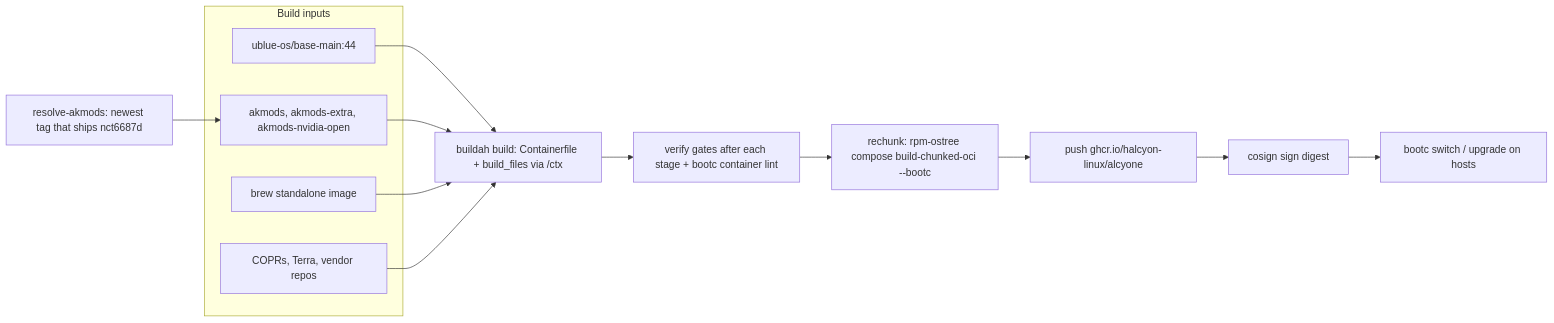
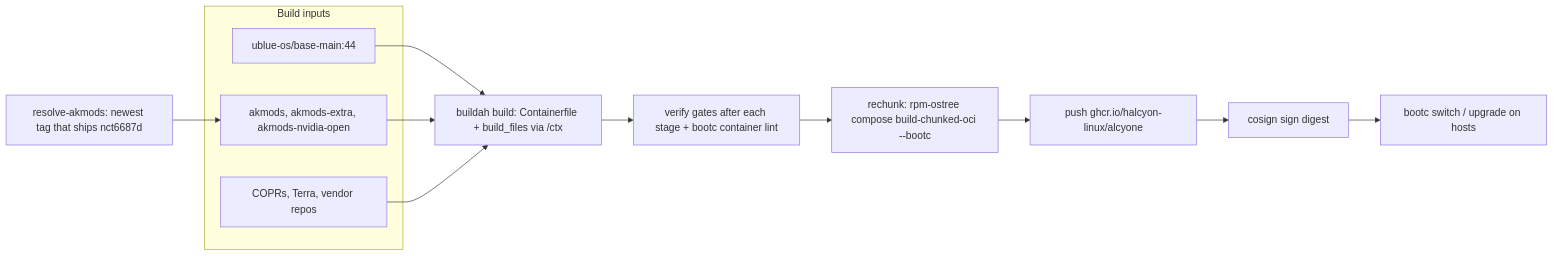
The diagram in README.md (halcyon-linux/base-image), drawn with Mermaid before and after one commit. The commit also changed other lines of this file and 16 other files, not shown here.

````diff
--- a/README.md
+++ b/README.md
@@ -334,19 +334,17 @@
 ```mermaid
 flowchart LR
   subgraph inputs["Build inputs"]
     B["ublue-os/base-main:44"]
     A["akmods, akmods-extra, akmods-nvidia-open"]
-    H["brew standalone image"]
     R["COPRs, Terra, vendor repos"]
   end
   RS["resolve-akmods: newest tag that ships nct6687d"] --> A
   B --> BLD
   A --> BLD
-  H --> BLD
   R --> BLD
   BLD["buildah build: Containerfile + build_files via /ctx"] --> V["verify gates after each stage + bootc container lint"]
   V --> RC["rechunk: rpm-ostree compose build-chunked-oci --bootc"]
   RC --> P["push ghcr.io/halcyon-linux/alcyone"]
   P --> S["cosign sign digest"]
   S --> U["bootc switch / upgrade on hosts"]
 ```
````
